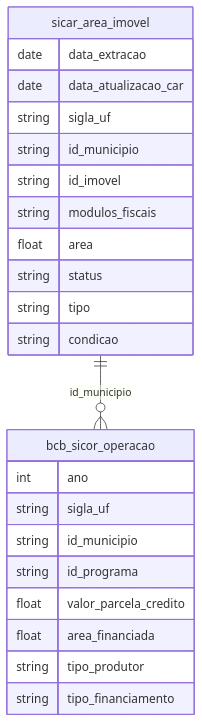
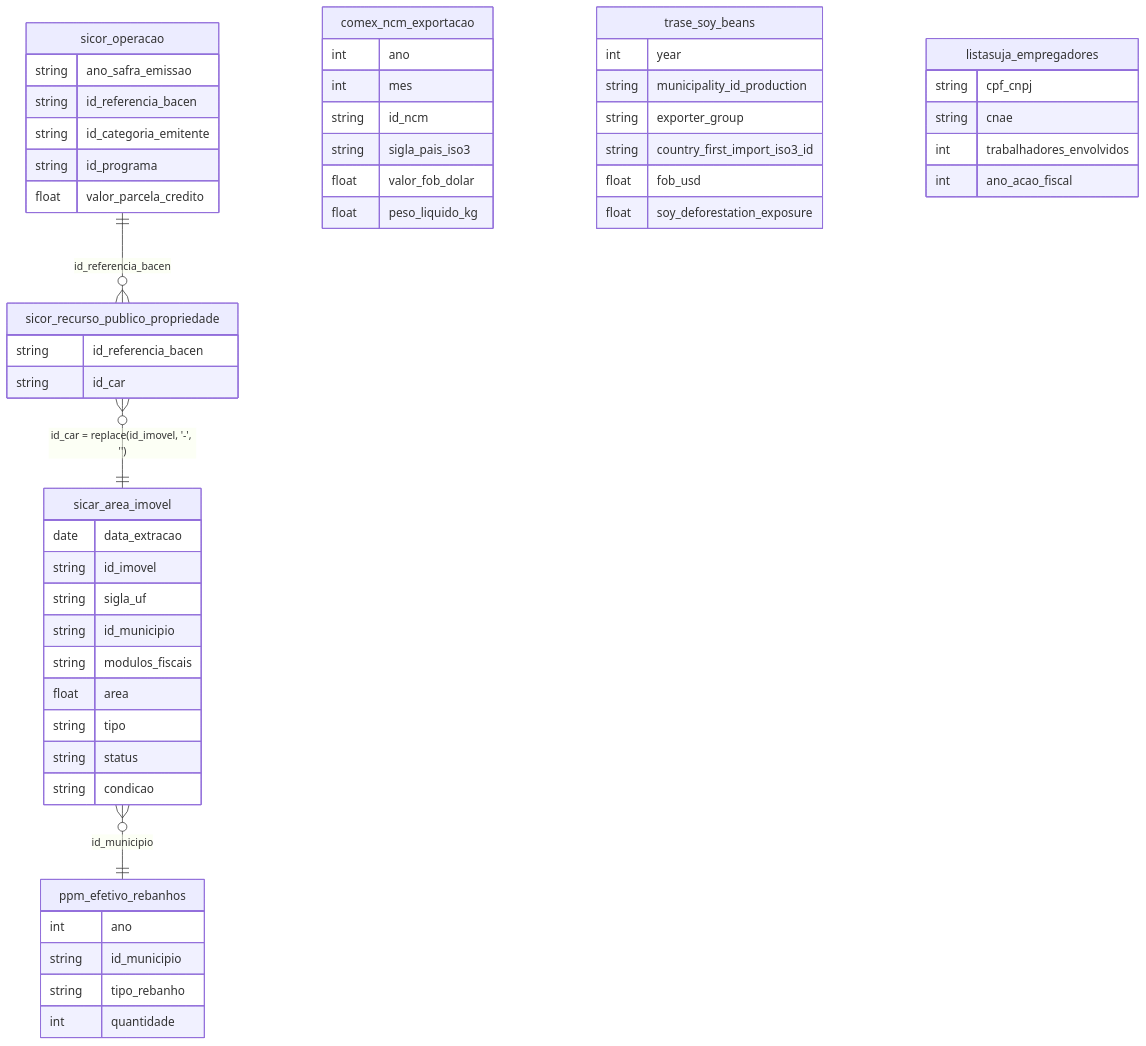
One commit to rafapolo/rodado changed the diagram in docs/mapa/overview/17_agropecuaria_agronegocio.md. Above: the diagram before and after it, drawn with Mermaid. The commit also changed other lines of this file and 135 other files, not shown here.

````diff
--- a/docs/mapa/overview/17_agropecuaria_agronegocio.md
+++ b/docs/mapa/overview/17_agropecuaria_agronegocio.md
@@ -2,26 +2,56 @@
 ```mermaid
 erDiagram
     sicar_area_imovel {
         date data_extracao
-        date data_atualizacao_car
+        string id_imovel
         string sigla_uf
         string id_municipio
-        string id_imovel
         string modulos_fiscais
         float area
+        string tipo
         string status
-        string tipo
         string condicao
     }
-    bcb_sicor_operacao {
-        int ano
-        string sigla_uf
-        string id_municipio
+    sicor_operacao {
+        string ano_safra_emissao
+        string id_referencia_bacen
+        string id_categoria_emitente
         string id_programa
         float valor_parcela_credito
-        float area_financiada
-        string tipo_produtor
-        string tipo_financiamento
     }
-    sicar_area_imovel ||--o{ bcb_sicor_operacao : "id_municipio"
+    sicor_recurso_publico_propriedade {
+        string id_referencia_bacen
+        string id_car
+    }
+    comex_ncm_exportacao {
+        int ano
+        int mes
+        string id_ncm
+        string sigla_pais_iso3
+        float valor_fob_dolar
+        float peso_liquido_kg
+    }
+    ppm_efetivo_rebanhos {
+        int ano
+        string id_municipio
+        string tipo_rebanho
+        int quantidade
+    }
+    trase_soy_beans {
+        int year
+        string municipality_id_production
+        string exporter_group
+        string country_first_import_iso3_id
+        float fob_usd
+        float soy_deforestation_exposure
+    }
+    listasuja_empregadores {
+        string cpf_cnpj
+        string cnae
+        int trabalhadores_envolvidos
+        int ano_acao_fiscal
+    }
+    sicor_operacao ||--o{ sicor_recurso_publico_propriedade : "id_referencia_bacen"
+    sicor_recurso_publico_propriedade }o--|| sicar_area_imovel : "id_car = replace(id_imovel, '-', '')"
+    sicar_area_imovel }o--|| ppm_efetivo_rebanhos : "id_municipio"
 ```
````
